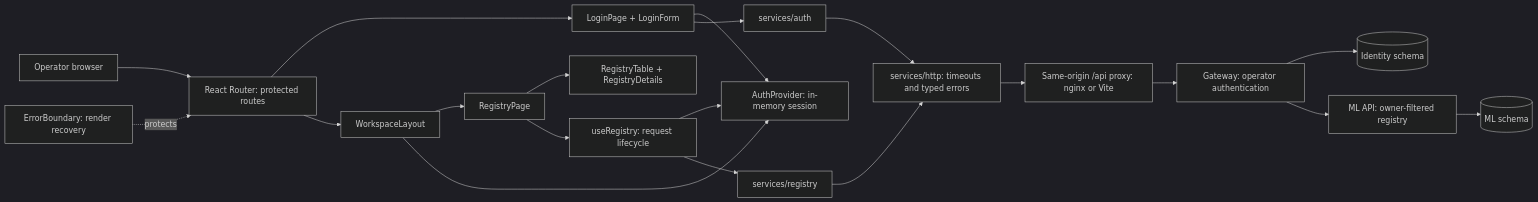
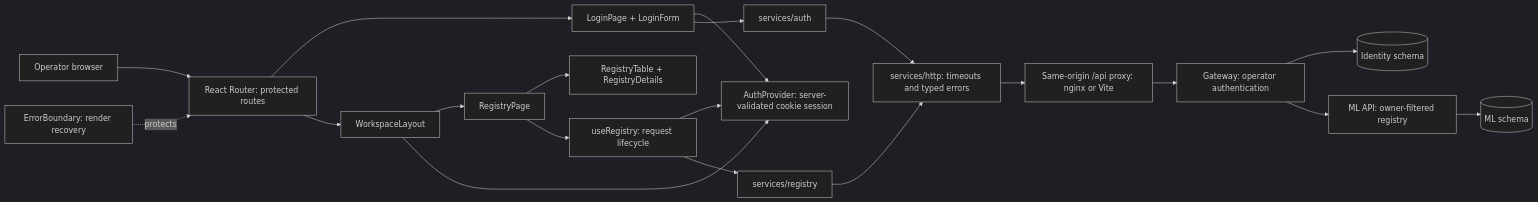
One commit to milalaveo/myocontrol changed the first of 3 diagrams in frontend/ARCHITECTURE.md. Above: the diagram before and after it, drawn with Mermaid (dark theme). The commit also changed other lines of this file and 27 other files, not shown here.

````diff
--- a/frontend/ARCHITECTURE.md
+++ b/frontend/ARCHITECTURE.md
@@ -7,22 +7,22 @@
 ```mermaid
 flowchart LR
     Operator[Operator browser] --> Router[React Router: protected routes]
     Router --> Login[LoginPage + LoginForm]
     Router --> Shell[WorkspaceLayout]
     Shell --> Registry[RegistryPage]
     Registry --> Views[RegistryTable + RegistryDetails]
-    Login --> Auth[AuthProvider: in-memory session]
+    Login --> Auth[AuthProvider: server-validated cookie session]
     Shell --> Auth
     Registry --> Hook[useRegistry: request lifecycle]
     Hook --> Auth
     Login --> AS[services/auth]
     Hook --> RS[services/registry]
     AS --> HTTP[services/http: timeouts and typed errors]
     RS --> HTTP
     HTTP --> Proxy[Same-origin /api proxy: nginx or Vite]
     Proxy --> Gateway[Gateway: operator authentication]
     Gateway --> Identity[(Identity schema)]
     Gateway --> ML[ML API: owner-filtered registry]
     ML --> DB[(ML schema)]
     Boundary[ErrorBoundary: render recovery] -. protects .-> Router
 ```
````
